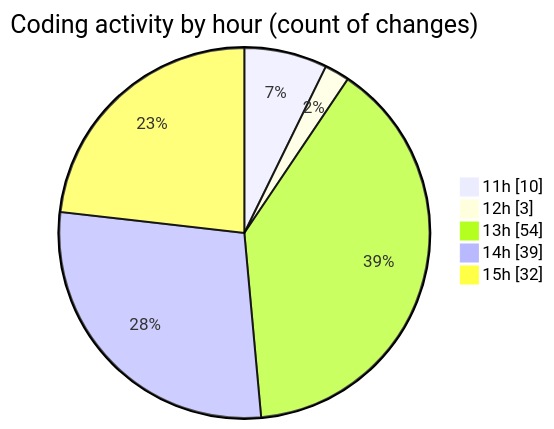
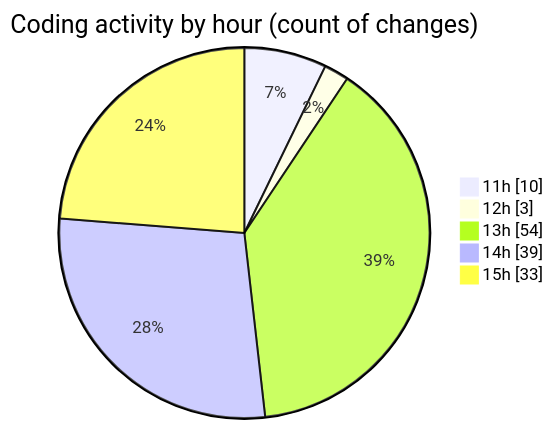
One commit to momahboobian/code-tracking changed the second of 2 diagrams in 2025-02-14/cda/README.md. Above: the diagram before and after it, drawn with Mermaid. The commit also changed other lines of this file and 1 other file, not shown here.

````diff
--- a/2025-02-14/cda/README.md
+++ b/2025-02-14/cda/README.md
@@ -37,9 +37,9 @@
 ```mermaid
 pie showData
 title Coding activity by hour (count of changes)
 "11h" : 10
 "12h" : 3
 "13h" : 54
 "14h" : 39
-"15h" : 32
+"15h" : 33
 ```
````
